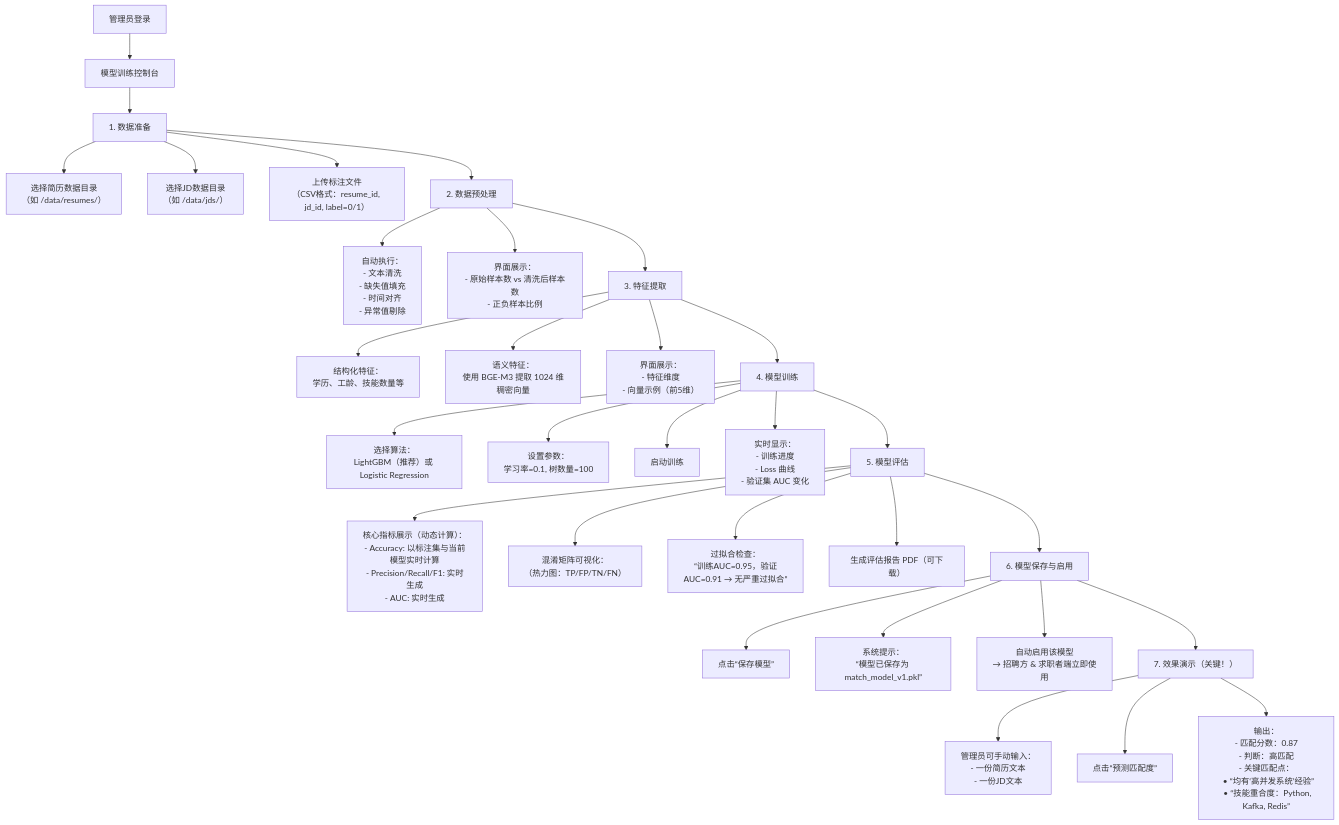
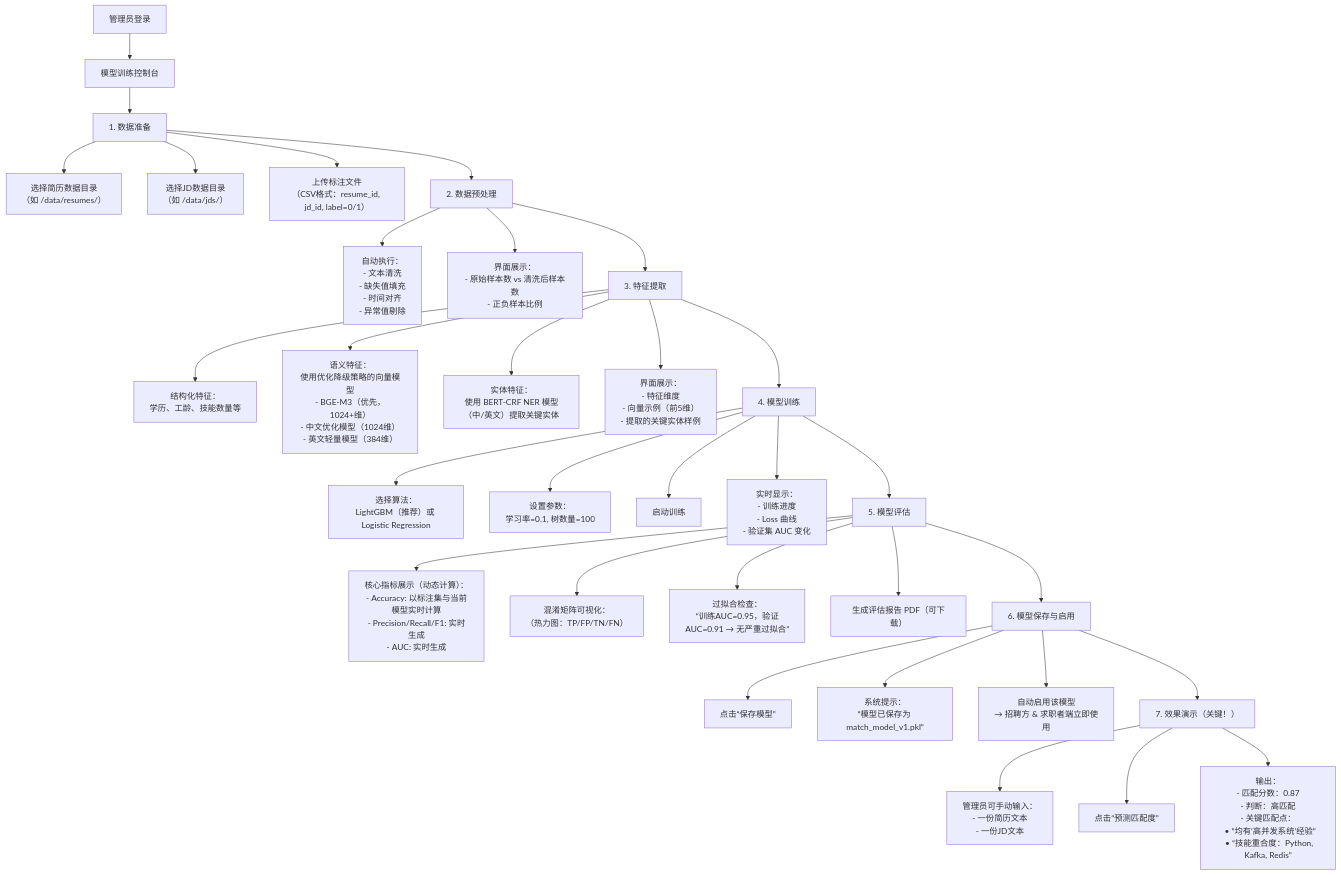
One commit to xyrlix/resume_screening_system changed the diagram in docs/管理员流程设计.md. Above: the diagram before and after it, drawn with Mermaid. The commit also changed other lines of this file and 15 other files, not shown here.

````diff
--- a/docs/管理员流程设计.md
+++ b/docs/管理员流程设计.md
@@ -3,40 +3,41 @@
 ```mermaid
 graph TD
 A[管理员登录] --> B[模型训练控制台]
 
 B --> B1[1. 数据准备]
 B1 --> B1a[选择简历数据目录<br/>（如 /data/resumes/）]
 B1 --> B1b[选择JD数据目录<br/>（如 /data/jds/）]
 B1 --> B1c[上传标注文件<br/>（CSV格式：resume_id, jd_id, label=0/1）]
 
 B1 --> B2[2. 数据预处理]
 B2 --> B2a[自动执行：<br/>- 文本清洗<br/>- 缺失值填充<br/>- 时间对齐<br/>- 异常值剔除]
 B2 --> B2b[界面展示：<br/>- 原始样本数 vs 清洗后样本数<br/>- 正负样本比例]
 
 B2 --> B3[3. 特征提取]
 B3 --> B3a[结构化特征：<br/>学历、工龄、技能数量等]
-B3 --> B3b[语义特征：<br/>使用 BGE-M3 提取 1024 维稠密向量]
-B3 --> B3c[界面展示：<br/>- 特征维度<br/>- 向量示例（前5维）]
+B3 --> B3b[语义特征：<br/>使用优化降级策略的向量模型<br/>- BGE-M3（优先，1024+维）<br/>- 中文优化模型（1024维）<br/>- 英文轻量模型（384维）]
+B3 --> B3c[实体特征：<br/>使用 BERT-CRF NER 模型（中/英文）提取关键实体]
+B3 --> B3d[界面展示：<br/>- 特征维度<br/>- 向量示例（前5维）<br/>- 提取的关键实体样例]
 
 B3 --> B4[4. 模型训练]
 B4 --> B4a[选择算法：<br/>LightGBM（推荐）或 Logistic Regression]
 B4 --> B4b[设置参数：<br/>学习率=0.1, 树数量=100]
 B4 --> B4c[启动训练]
 B4 --> B4d[实时显示：<br/>- 训练进度<br/>- Loss 曲线<br/>- 验证集 AUC 变化]
 
 B4 --> B5[5. 模型评估]
 B5 --> B5a[核心指标展示（动态计算）：<br/>- Accuracy: 以标注集与当前模型实时计算<br/>- Precision/Recall/F1: 实时生成<br/>- AUC: 实时生成]
 B5 --> B5b[混淆矩阵可视化：<br/>（热力图：TP/FP/TN/FN）]
 B5 --> B5c[过拟合检查：<br/>“训练AUC=0.95，验证AUC=0.91 → 无严重过拟合”]
 B5 --> B5d[生成评估报告 PDF（可下载）]
 
 B5 --> B6[6. 模型保存与启用]
 B6 --> B6a[点击“保存模型”]
 B6 --> B6b[系统提示：<br/>“模型已保存为 match_model_v1.pkl”]
 B6 --> B6c[自动启用该模型<br/>→ 招聘方 & 求职者端立即使用]
 
 B6 --> B7[7. 效果演示（关键！）]
 B7 --> B7a[管理员可手动输入：<br/>- 一份简历文本<br/>- 一份JD文本]
 B7 --> B7b[点击“预测匹配度”]
 B7 --> B7c[输出：<br/>- 匹配分数：0.87<br/>- 判断：高匹配<br/>- 关键匹配点：<br/>  • “均有‘高并发系统’经验”<br/>  • “技能重合度：Python, Kafka, Redis”]
 ```
````
